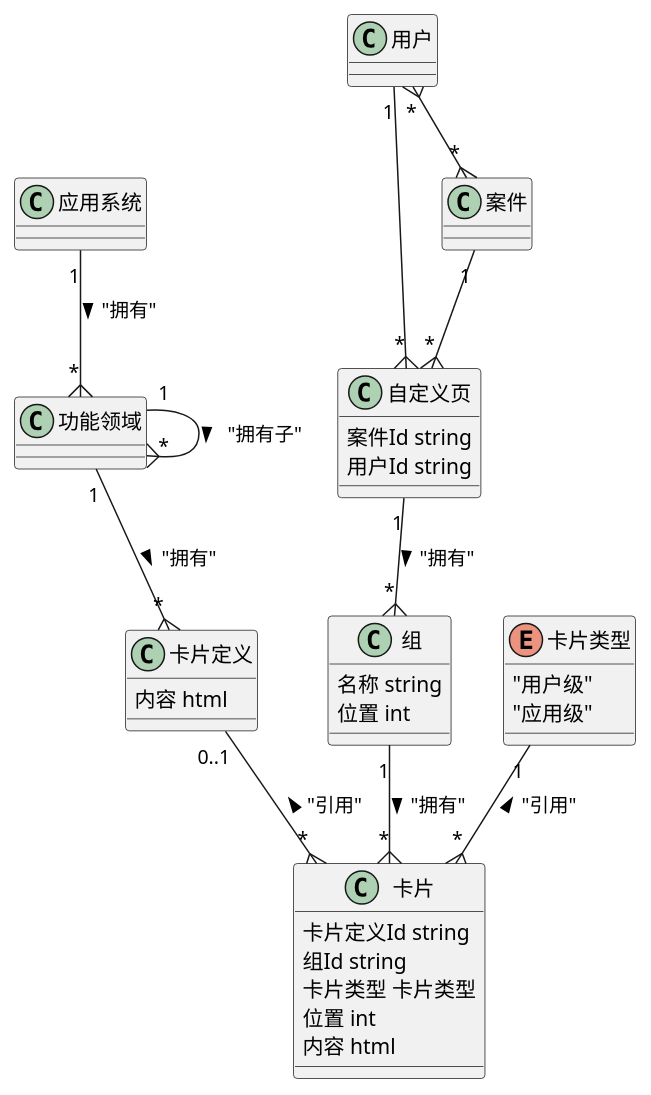
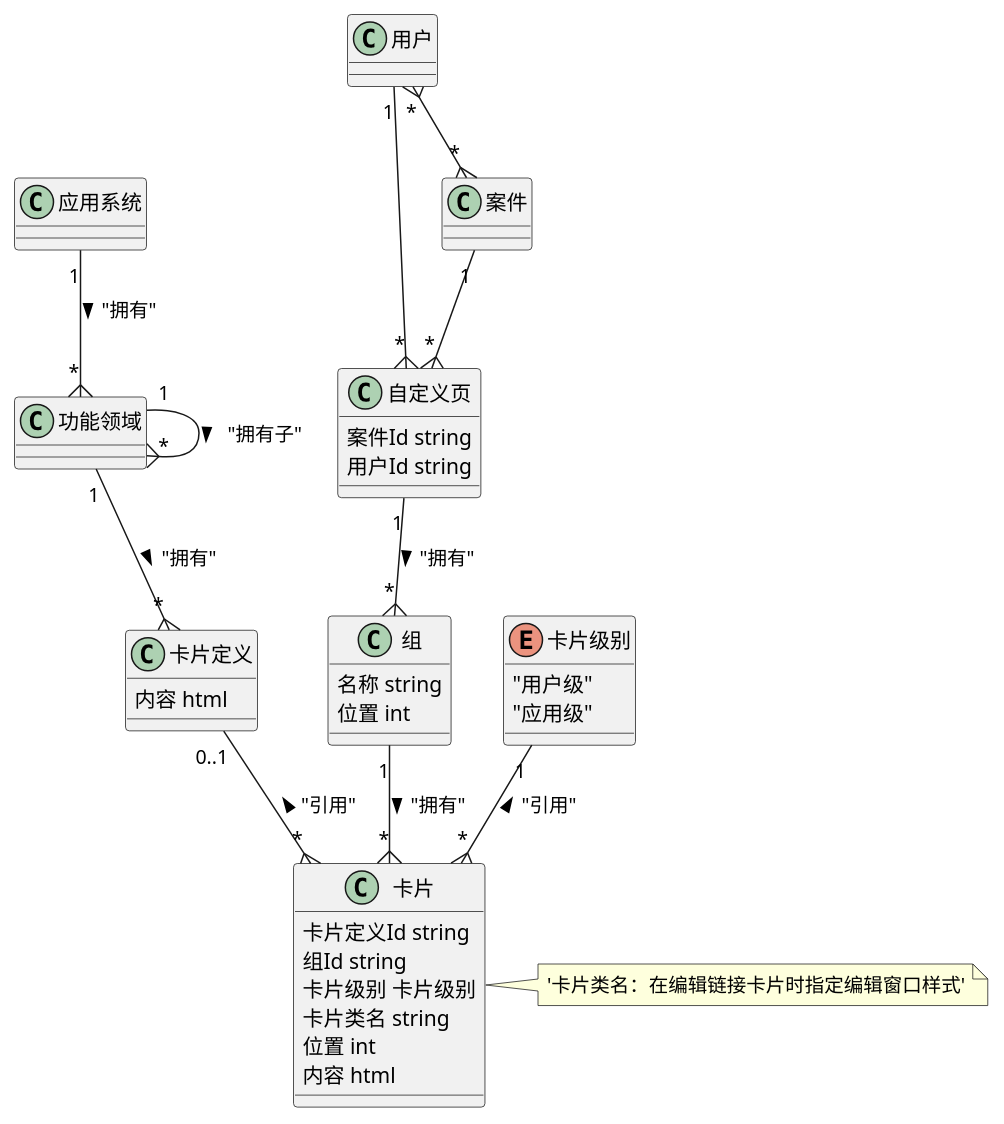
One commit to liuxd6825/dapr-go-ddd-sdk changed the diagram in app/domain/sys/xuml-card/model.puml. Above: the diagram before and after it, drawn with PlantUML. The commit also changed 1 other file, not shown here.

```diff
--- a/app/domain/sys/xuml-card/model.puml
+++ b/app/domain/sys/xuml-card/model.puml
@@ -1,44 +1,47 @@
 @startuml
 class "应用系统" as app {
 }
 class "功能领域" as domain {
 }
 class "卡片定义" as cardFile {
     内容 html
 }
 class "自定义页" as pageView {
     案件Id string
     用户Id string
 }
 class "组" as groupView {
     名称 string
     位置 int
 }
 class "卡片" as cardView {
     卡片定义Id string
     组Id string
-    卡片类型 卡片类型
+    卡片级别 卡片级别
+    卡片类名 string
     位置 int
     内容 html
 }
 class "案件" as case {
 }
 class "用户" as user {
 }
-enum "卡片类型" as cardType {
+enum "卡片级别" as cardType {
     "用户级"
     "应用级"
 }
 app "1" --{ "*" domain : "拥有" >
 domain "1" --{ "*" cardFile : "拥有" >
 user "*" }--{ "*" case
 case "1" --{ "*" pageView
 user "1" --{ "*" pageView
 
 pageView "1" --{ "*" groupView : "拥有" >
 groupView "1"  --{ "*" cardView :  "拥有" >
 cardType "1" --{ "*" cardView : "引用" <
 cardFile "0..1" --{ "*" cardView : "引用" <
 domain "1" --{ "*" domain : "拥有子" >
 
+note right of cardView:  '卡片类名：在编辑链接卡片时指定编辑窗口样式'
+
 @enduml
```
